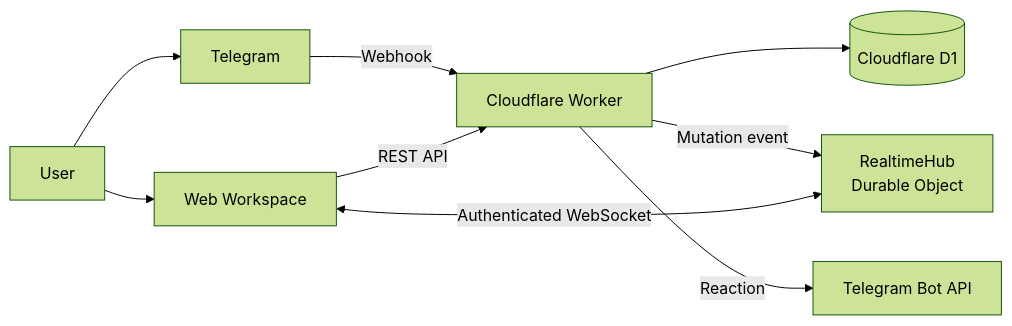
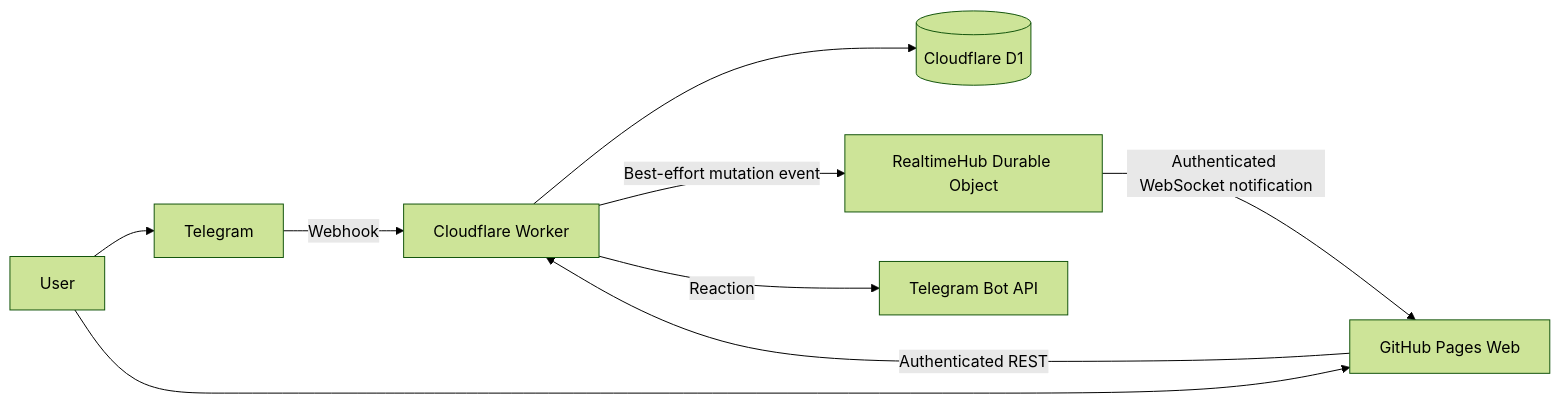
One commit to Transient-Onlooker/tg-note-agent-web changed the third of 11 diagrams in docs/DEVELOPMENT_FLOW.md. Above: the diagram before and after it, drawn with Mermaid (forest theme). The commit also changed other lines of this file, not shown here.

Commit message:
Improve development workflow diagrams

````diff
--- a/docs/DEVELOPMENT_FLOW.md
+++ b/docs/DEVELOPMENT_FLOW.md
@@ -94,19 +75,19 @@
 ```mermaid
 flowchart LR
+    USER[User]
+    TG[Telegram]
+    WEB[GitHub Pages Web]
+    WORKER[Cloudflare Worker]
+    DB[(Cloudflare D1)]
+    HUB[RealtimeHub Durable Object]
+    API[Telegram Bot API]
 
-    USER[User]
-
-    USER --> TG[Telegram]
-    USER --> WEB[Web Workspace]
-
-    TG -->|Webhook| WORKER[Cloudflare Worker]
-    WEB -->|REST API| WORKER
-
-    WORKER --> D1[(Cloudflare D1)]
-
-    WORKER -->|Mutation event| RT[RealtimeHub<br/>Durable Object]
-
-    WEB <-->|Authenticated WebSocket| RT
-
-    WORKER -->|Reaction| TELEGRAM_API[Telegram Bot API]
+    USER --> TG
+    USER --> WEB
+    TG -->|Webhook| WORKER
+    WEB -->|Authenticated REST| WORKER
+    WORKER --> DB
+    WORKER -->|Best-effort mutation event| HUB
+    HUB -->|Authenticated WebSocket notification| WEB
+    WORKER -->|Reaction| API
 ```
````
